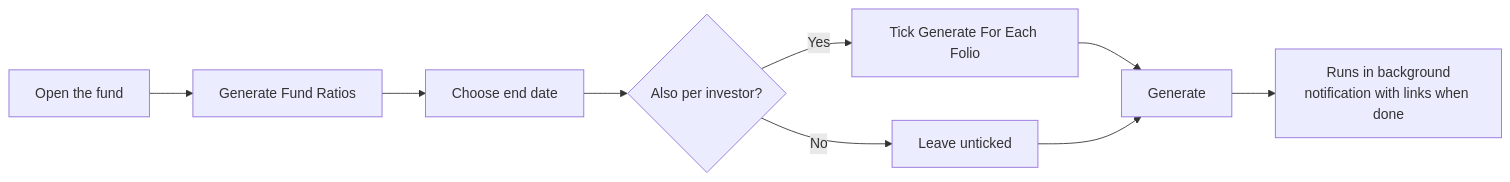
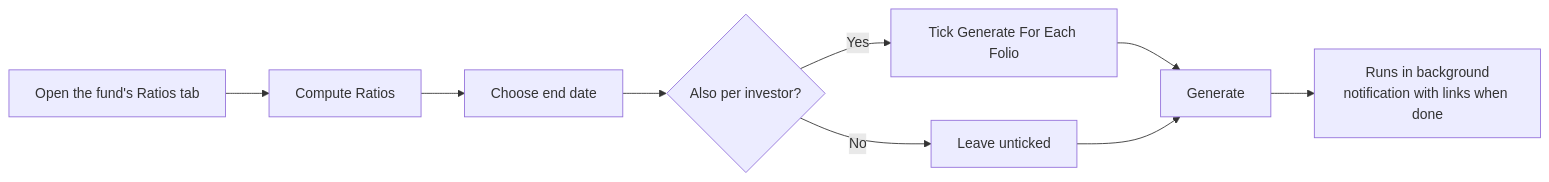
Before and after one commit to sampadadiwan/IRM_CompanyMain: the diagram in docs/user_guides/fund_ratios_user_guide.md, drawn with Mermaid. The commit also changed other lines of this file and 135 other files, not shown here.

````diff
--- a/docs/user_guides/fund_ratios_user_guide.md
+++ b/docs/user_guides/fund_ratios_user_guide.md
@@ -145,11 +147,11 @@
 ```mermaid
 flowchart LR
-    A[Open the fund] --> B[Generate Fund Ratios]
+    A[Open the fund's Ratios tab] --> B[Compute Ratios]
     B --> C[Choose end date]
     C --> D{Also per investor?}
     D -->|Yes| E[Tick Generate For Each Folio]
     D -->|No| F[Leave unticked]
     E --> G[Generate]
     F --> G
     G --> H[Runs in background<br/>notification with links when done]
 ```
````
